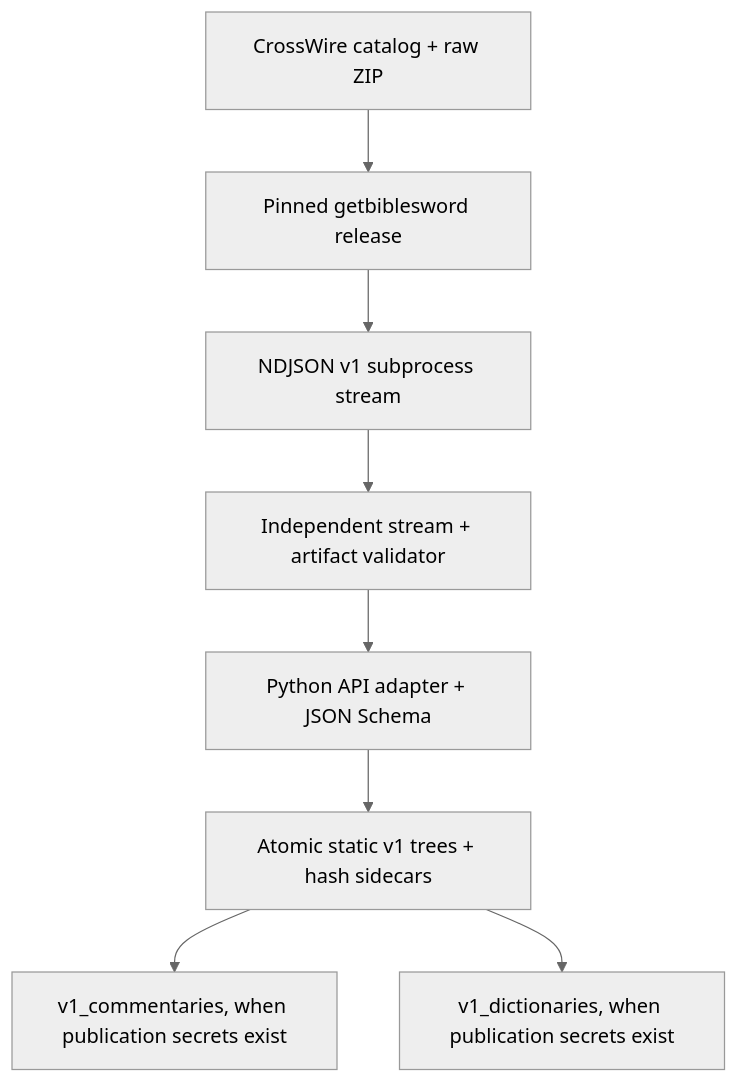
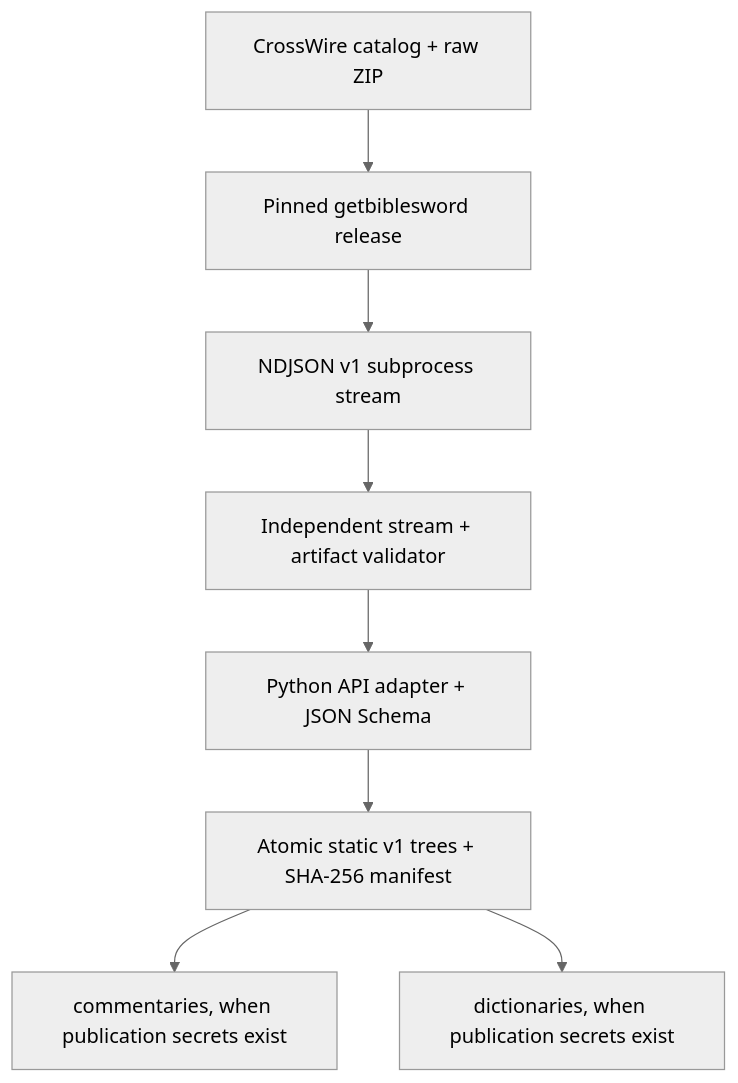
Before and after one commit to getbible/v1_study_builder: the diagram in README.md, drawn with Mermaid (neutral theme). The commit also changed other lines of this file and 26 other files, not shown here.

````diff
--- a/README.md
+++ b/README.md
@@ -149,10 +212,10 @@
 ```mermaid
 flowchart TD
     A["CrossWire catalog + raw ZIP"] --> B["Pinned getbiblesword release"]
     B --> C["NDJSON v1 subprocess stream"]
     C --> D["Independent stream + artifact validator"]
     D --> E["Python API adapter + JSON Schema"]
-    E --> F["Atomic static v1 trees + hash sidecars"]
-    F --> G["v1_commentaries, when publication secrets exist"]
-    F --> H["v1_dictionaries, when publication secrets exist"]
+    E --> F["Atomic static v1 trees + SHA-256 manifest"]
+    F --> G["commentaries, when publication secrets exist"]
+    F --> H["dictionaries, when publication secrets exist"]
 ```
````
